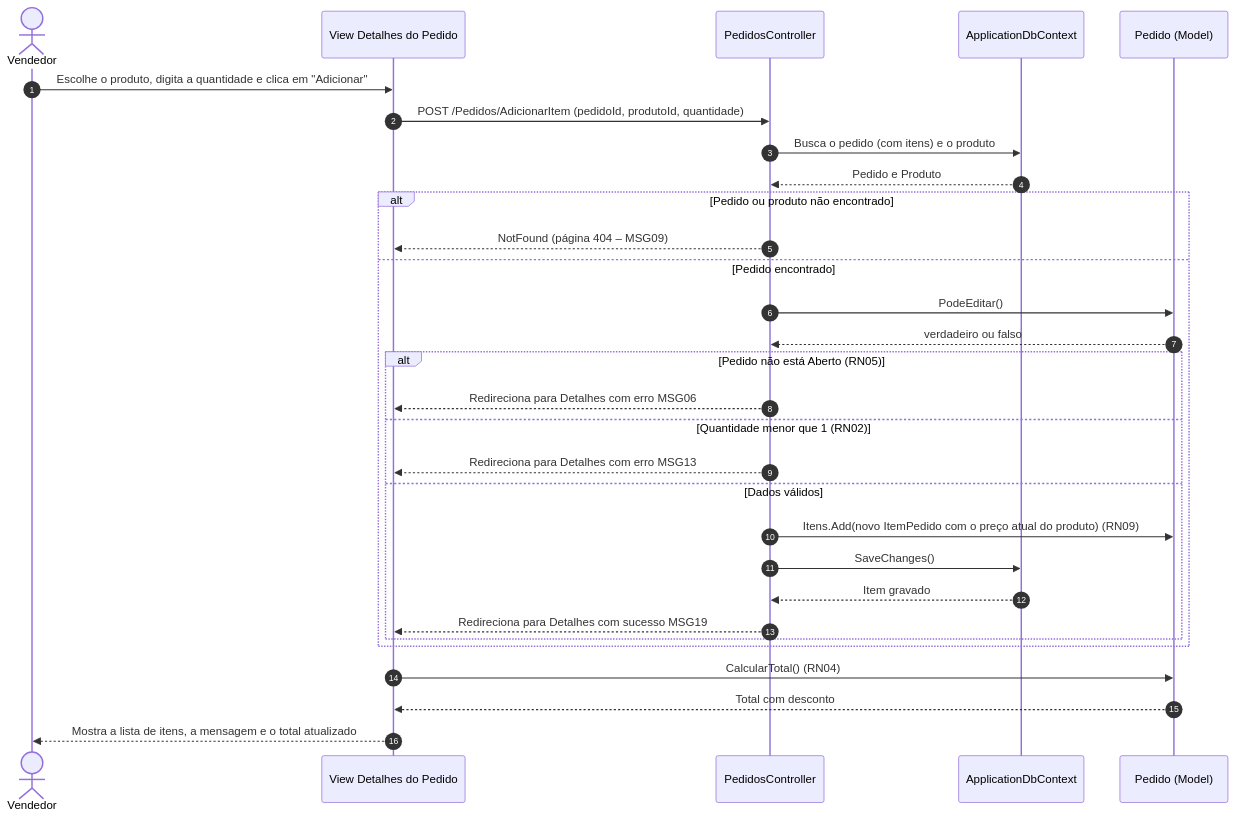
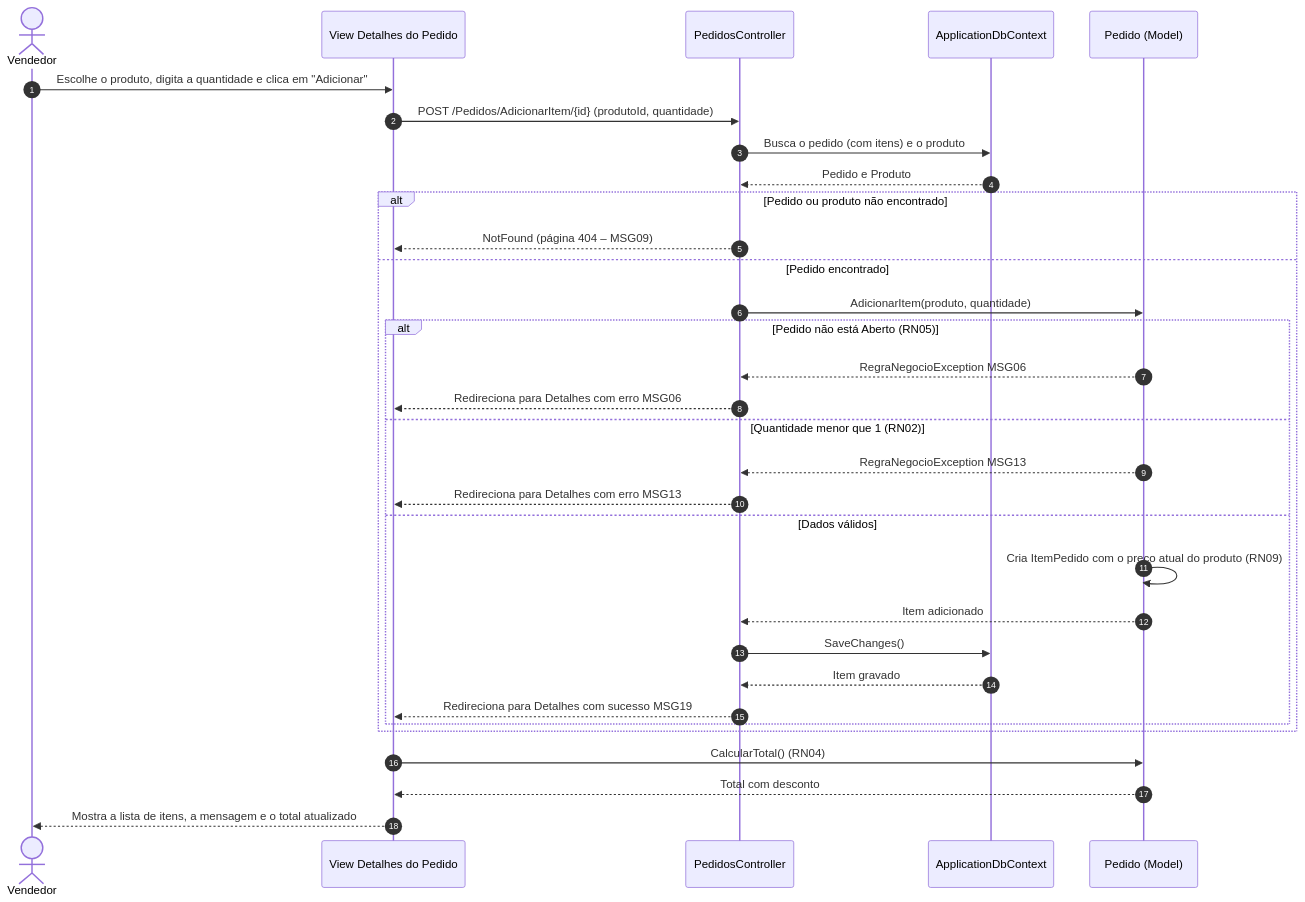
One commit to Eduardo-Menzel/pedidofacil changed the first of 2 diagrams in docs/01-situacao-1-planejamento/03-uml/sequencia.md. Above: the diagram before and after it, drawn with Mermaid. The commit also changed other lines of this file and 70 other files, not shown here.

````diff
--- a/docs/01-situacao-1-planejamento/03-uml/sequencia.md
+++ b/docs/01-situacao-1-planejamento/03-uml/sequencia.md
@@ -7,35 +7,37 @@
 ```mermaid
 sequenceDiagram
     autonumber
     actor V as Vendedor
     participant T as View Detalhes do Pedido
     participant C as PedidosController
     participant DB as ApplicationDbContext
     participant P as Pedido (Model)
 
     V->>T: Escolhe o produto, digita a quantidade e clica em "Adicionar"
-    T->>C: POST /Pedidos/AdicionarItem (pedidoId, produtoId, quantidade)
+    T->>C: POST /Pedidos/AdicionarItem/{id} (produtoId, quantidade)
     C->>DB: Busca o pedido (com itens) e o produto
     DB-->>C: Pedido e Produto
 
     alt Pedido ou produto não encontrado
         C-->>T: NotFound (página 404 – MSG09)
     else Pedido encontrado
-        C->>P: PodeEditar()
-        P-->>C: verdadeiro ou falso
+        C->>P: AdicionarItem(produto, quantidade)
         alt Pedido não está Aberto (RN05)
+            P-->>C: RegraNegocioException MSG06
             C-->>T: Redireciona para Detalhes com erro MSG06
         else Quantidade menor que 1 (RN02)
+            P-->>C: RegraNegocioException MSG13
             C-->>T: Redireciona para Detalhes com erro MSG13
         else Dados válidos
-            C->>P: Itens.Add(novo ItemPedido com o preço atual do produto) (RN09)
+            P->>P: Cria ItemPedido com o preço atual do produto (RN09)
+            P-->>C: Item adicionado
             C->>DB: SaveChanges()
             DB-->>C: Item gravado
             C-->>T: Redireciona para Detalhes com sucesso MSG19
         end
     end
 
     T->>P: CalcularTotal() (RN04)
     P-->>T: Total com desconto
     T-->>V: Mostra a lista de itens, a mensagem e o total atualizado
 ```
````
